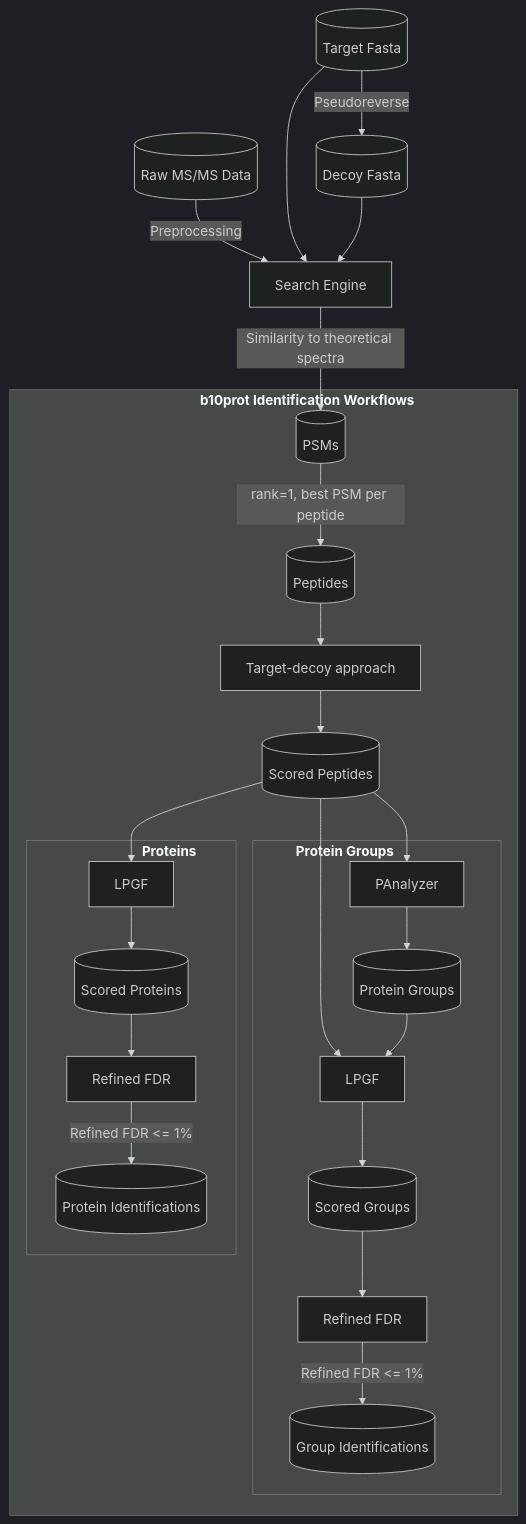
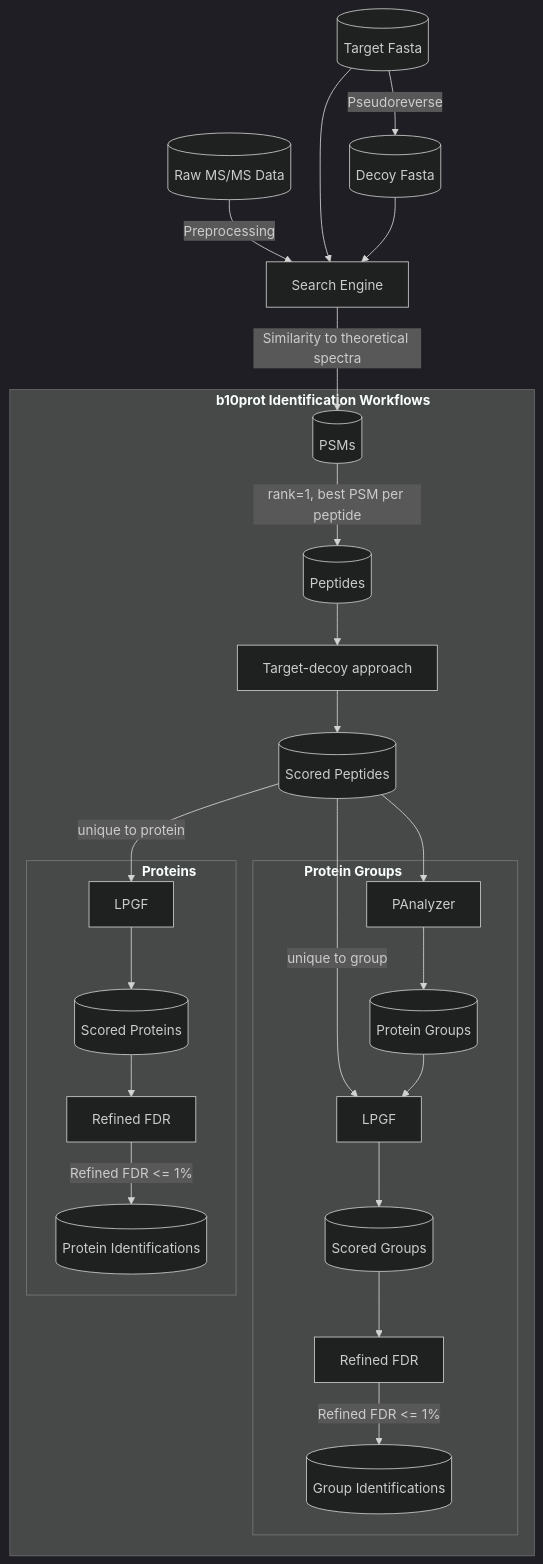
Before and after one commit to akrogp/b10prot: the diagram in posters/SEBiBC-2024/workflow.mmd, drawn with Mermaid (dark theme). The commit also changed other lines of this file and 7 other files, not shown here.

```diff
--- a/posters/SEBiBC-2024/workflow.mmd
+++ b/posters/SEBiBC-2024/workflow.mmd
@@ -1,43 +1,29 @@
 flowchart TD
     Raw[(Raw MS/MS Data)] -->|Preprocessing| Search[Search Engine]
     Target[(Target Fasta)] --> Search
     Decoy[(Decoy Fasta)] --> Search
     Target -->|Pseudoreverse| Decoy
     Search -->|Similarity to theoretical spectra| PSMs[(PSMs)]
-    PSMs -->|rank=1, best PSM per peptide| Peptides[(Peptides)]
-    Peptides --> TDA[Target-decoy approach]
-    TDA --> LP[(Scored Peptides)]
 
-    LP --> PAnalyzer
-    PAnalyzer --> Groups[(Protein Groups)]
-    LP --> LPG[LPGF]
-    Groups --> LPG
-    LPG --> GScores[(Scored Groups)]
-    GScores --> FDRG[Refined FDR]
-    FDRG -->|Refined FDR <= 1%| IDG[(Group Identifications)]
+    subgraph "&nbsp;&nbsp;&nbsp;&nbsp;&nbsp;&nbsp;&nbsp;&nbsp;&nbsp;&nbsp;&nbsp;&nbsp;&nbsp;&nbsp;&nbsp;&nbsp;&nbsp;&nbsp;&nbsp;&nbsp;&nbsp;&nbsp;&nbsp;&nbsp;&nbsp;&nbsp;&nbsp;<b>b10prot Identification Workflows</b>"
+        PSMs -->|rank=1, best PSM per peptide| Peptides[(Peptides)]
+        Peptides --> TDA[Target-decoy approach]
+        TDA --> LP[(Scored Peptides)]
+        LP --> PAnalyzer
+        LP -->|unique to protein| LPQ[LPGF]
+        LP -->|unique to group| LPG[LPGF]
 
-    LP --> LPQ[LPGF]
-    LPQ --> QScores[(Scored Proteins)]
-    QScores --> FDRQ[Refined FDR]
-    FDRQ -->|Refined FDR <= 1%| IDQ[(Protein Identifications)]
+        subgraph "<b>Protein Groups</b>&nbsp;&nbsp;&nbsp;&nbsp;&nbsp;&nbsp;&nbsp;&nbsp;&nbsp;&nbsp;&nbsp;&nbsp;&nbsp;&nbsp;&nbsp;&nbsp;&nbsp;"
+            PAnalyzer --> Groups[(Protein Groups)]
+            Groups --> LPG
+            LPG --> GScores[(Scored Groups)]
+            GScores --> FDRG[Refined FDR]
+            FDRG -->|Refined FDR <= 1%| IDG[(Group Identifications)]
+        end
 
-    subgraph "&nbsp;&nbsp;&nbsp;&nbsp;&nbsp;&nbsp;&nbsp;&nbsp;&nbsp;&nbsp;&nbsp;&nbsp;&nbsp;&nbsp;&nbsp;&nbsp;&nbsp;&nbsp;&nbsp;&nbsp;&nbsp;&nbsp;&nbsp;<b>b10prot Identification Workflows</b>"
-        PSMs
-        Peptides
-        TDA
-        LP
-        subgraph "<b>Protein Groups</b>&nbsp;&nbsp;&nbsp;&nbsp;&nbsp;&nbsp;&nbsp;&nbsp;&nbsp;&nbsp;&nbsp;&nbsp;&nbsp;&nbsp;&nbsp;&nbsp;&nbsp;"
-            PAnalyzer
-            Groups
-            LPG
-            GScores
-            FDRG
-            IDG
-        end
         subgraph "&nbsp;&nbsp;&nbsp;&nbsp;&nbsp;&nbsp;&nbsp;&nbsp;&nbsp;&nbsp;&nbsp;&nbsp;&nbsp;&nbsp;&nbsp;&nbsp;&nbsp;&nbsp;&nbsp;&nbsp;<b>Proteins</b>"
-            LPQ
-            QScores
-            FDRQ
-            IDQ
+            LPQ --> QScores[(Scored Proteins)]
+            QScores --> FDRQ[Refined FDR]
+            FDRQ -->|Refined FDR <= 1%| IDQ[(Protein Identifications)]
         end
     end
```
